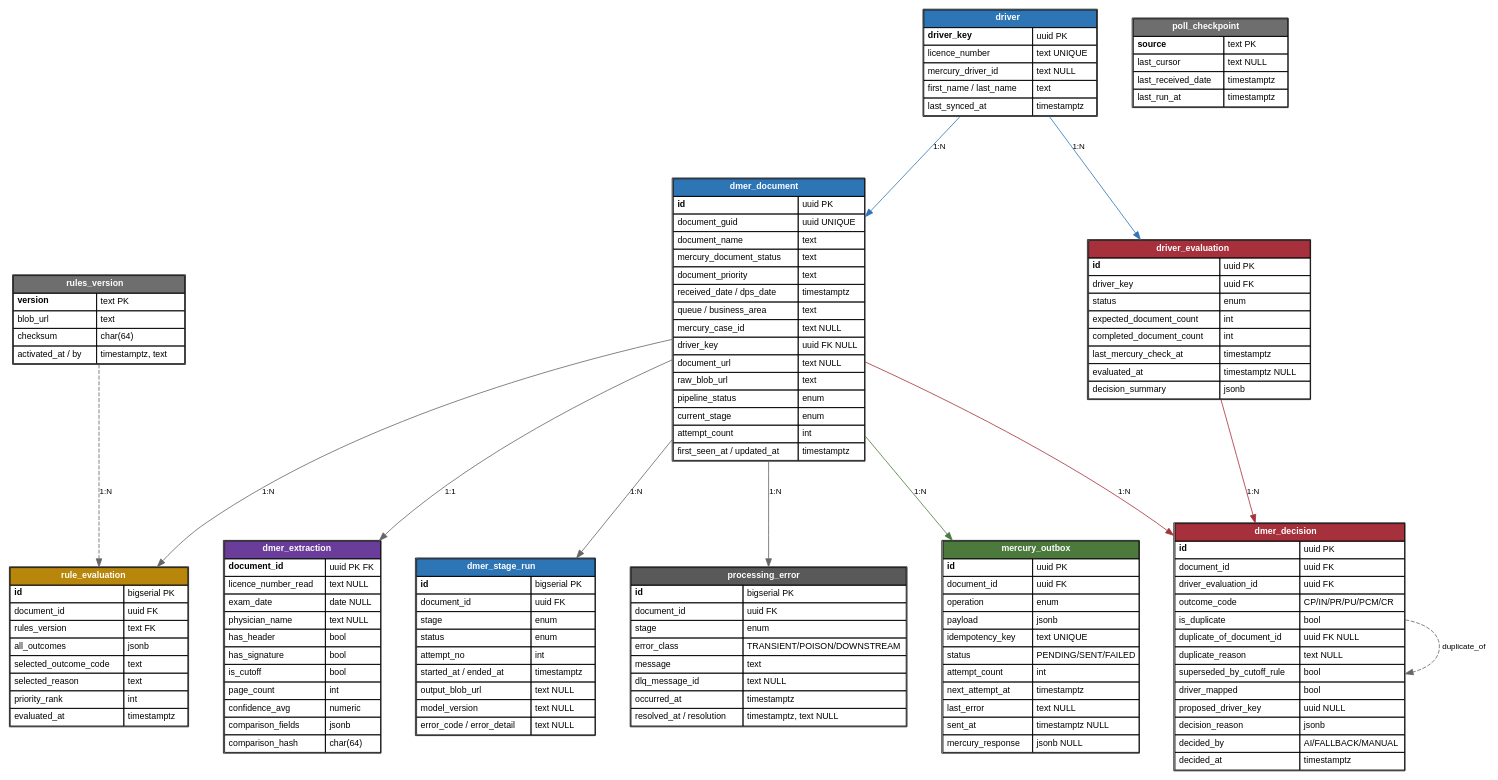
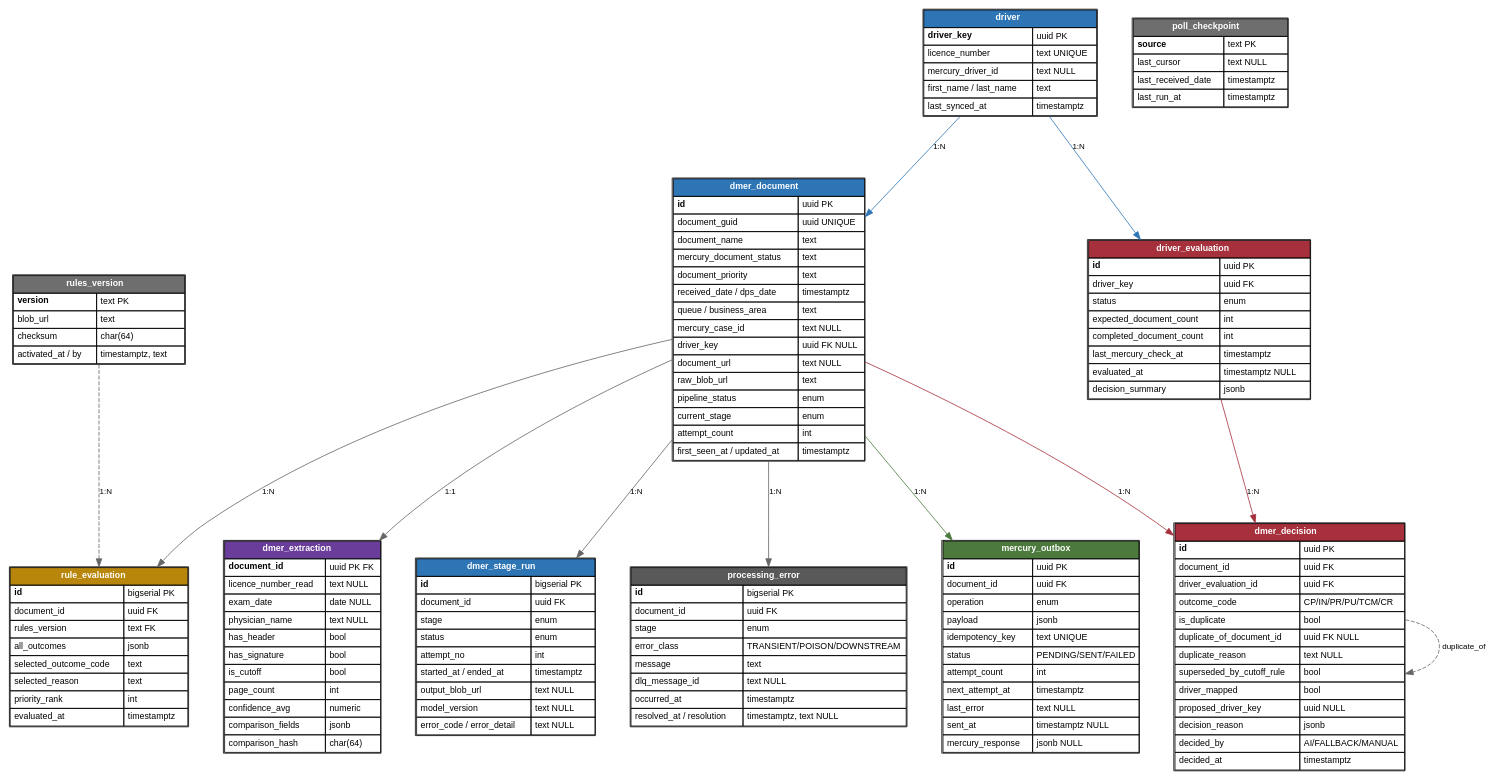
Before and after one commit to bcgov/rsbc-ai-dmer-automation: the diagram in docs/architecture/Figure2_Database_ERD.dot, drawn with Graphviz. The commit also changed 43 other files, not shown here.

```diff
--- a/docs/architecture/Figure2_Database_ERD.dot
+++ b/docs/architecture/Figure2_Database_ERD.dot
@@ -1,195 +1,195 @@
 // Figure2_Database_ERD.dot
 //
 // Source for Figure2_Database_ERD.png. Render with:
 //   dot -Tpng -Gdpi=150 Figure2_Database_ERD.dot -o Figure2_Database_ERD.png
 //
 // Kept as a real source file (the original PNG had none) so this diagram
 // can be regenerated instead of hand-edited as an image every time the
 // schema changes. Matches docs/development/data-model.md and
 // database/migrations/V0001__create_dmer_pipeline_schema.sql exactly --
 // update data-model.md first, then this file, never the reverse.
 
 digraph erd {
   rankdir="TB";
   graph [fontname="Helvetica", nodesep=0.6, ranksep=0.9, bgcolor="white"];
   node [fontname="Helvetica", fontsize=11, shape=plain];
   edge [fontname="Helvetica", fontsize=10];
 
   driver [label=<
     <TABLE BORDER="1" CELLBORDER="1" CELLSPACING="0" CELLPADDING="4">
       <TR><TD BGCOLOR="#2E75B6" COLSPAN="2"><FONT COLOR="white"><B>driver</B></FONT></TD></TR>
       <TR><TD ALIGN="LEFT"><B>driver_key</B></TD><TD ALIGN="LEFT">uuid PK</TD></TR>
       <TR><TD ALIGN="LEFT">licence_number</TD><TD ALIGN="LEFT">text UNIQUE</TD></TR>
       <TR><TD ALIGN="LEFT">mercury_driver_id</TD><TD ALIGN="LEFT">text NULL</TD></TR>
       <TR><TD ALIGN="LEFT">first_name / last_name</TD><TD ALIGN="LEFT">text</TD></TR>
       <TR><TD ALIGN="LEFT">last_synced_at</TD><TD ALIGN="LEFT">timestamptz</TD></TR>
     </TABLE>
   >];
 
   dmer_document [label=<
     <TABLE BORDER="1" CELLBORDER="1" CELLSPACING="0" CELLPADDING="4">
       <TR><TD BGCOLOR="#2E75B6" COLSPAN="2"><FONT COLOR="white"><B>dmer_document</B></FONT></TD></TR>
       <TR><TD ALIGN="LEFT"><B>id</B></TD><TD ALIGN="LEFT">uuid PK</TD></TR>
       <TR><TD ALIGN="LEFT">document_guid</TD><TD ALIGN="LEFT">uuid UNIQUE</TD></TR>
       <TR><TD ALIGN="LEFT">document_name</TD><TD ALIGN="LEFT">text</TD></TR>
       <TR><TD ALIGN="LEFT">mercury_document_status</TD><TD ALIGN="LEFT">text</TD></TR>
       <TR><TD ALIGN="LEFT">document_priority</TD><TD ALIGN="LEFT">text</TD></TR>
       <TR><TD ALIGN="LEFT">received_date / dps_date</TD><TD ALIGN="LEFT">timestamptz</TD></TR>
       <TR><TD ALIGN="LEFT">queue / business_area</TD><TD ALIGN="LEFT">text</TD></TR>
       <TR><TD ALIGN="LEFT">mercury_case_id</TD><TD ALIGN="LEFT">text NULL</TD></TR>
       <TR><TD ALIGN="LEFT">driver_key</TD><TD ALIGN="LEFT">uuid FK NULL</TD></TR>
       <TR><TD ALIGN="LEFT">document_url</TD><TD ALIGN="LEFT">text NULL</TD></TR>
       <TR><TD ALIGN="LEFT">raw_blob_url</TD><TD ALIGN="LEFT">text</TD></TR>
       <TR><TD ALIGN="LEFT">pipeline_status</TD><TD ALIGN="LEFT">enum</TD></TR>
       <TR><TD ALIGN="LEFT">current_stage</TD><TD ALIGN="LEFT">enum</TD></TR>
       <TR><TD ALIGN="LEFT">attempt_count</TD><TD ALIGN="LEFT">int</TD></TR>
       <TR><TD ALIGN="LEFT">first_seen_at / updated_at</TD><TD ALIGN="LEFT">timestamptz</TD></TR>
     </TABLE>
   >];
 
   driver_evaluation [label=<
     <TABLE BORDER="1" CELLBORDER="1" CELLSPACING="0" CELLPADDING="4">
       <TR><TD BGCOLOR="#A6303C" COLSPAN="2"><FONT COLOR="white"><B>driver_evaluation</B></FONT></TD></TR>
       <TR><TD ALIGN="LEFT"><B>id</B></TD><TD ALIGN="LEFT">uuid PK</TD></TR>
       <TR><TD ALIGN="LEFT">driver_key</TD><TD ALIGN="LEFT">uuid FK</TD></TR>
       <TR><TD ALIGN="LEFT">status</TD><TD ALIGN="LEFT">enum</TD></TR>
       <TR><TD ALIGN="LEFT">expected_document_count</TD><TD ALIGN="LEFT">int</TD></TR>
       <TR><TD ALIGN="LEFT">completed_document_count</TD><TD ALIGN="LEFT">int</TD></TR>
       <TR><TD ALIGN="LEFT">last_mercury_check_at</TD><TD ALIGN="LEFT">timestamptz</TD></TR>
       <TR><TD ALIGN="LEFT">evaluated_at</TD><TD ALIGN="LEFT">timestamptz NULL</TD></TR>
       <TR><TD ALIGN="LEFT">decision_summary</TD><TD ALIGN="LEFT">jsonb</TD></TR>
     </TABLE>
   >];
 
   dmer_extraction [label=<
     <TABLE BORDER="1" CELLBORDER="1" CELLSPACING="0" CELLPADDING="4">
       <TR><TD BGCOLOR="#6A3D9A" COLSPAN="2"><FONT COLOR="white"><B>dmer_extraction</B></FONT></TD></TR>
       <TR><TD ALIGN="LEFT"><B>document_id</B></TD><TD ALIGN="LEFT">uuid PK FK</TD></TR>
       <TR><TD ALIGN="LEFT">licence_number_read</TD><TD ALIGN="LEFT">text NULL</TD></TR>
       <TR><TD ALIGN="LEFT">exam_date</TD><TD ALIGN="LEFT">date NULL</TD></TR>
       <TR><TD ALIGN="LEFT">physician_name</TD><TD ALIGN="LEFT">text NULL</TD></TR>
       <TR><TD ALIGN="LEFT">has_header</TD><TD ALIGN="LEFT">bool</TD></TR>
       <TR><TD ALIGN="LEFT">has_signature</TD><TD ALIGN="LEFT">bool</TD></TR>
       <TR><TD ALIGN="LEFT">is_cutoff</TD><TD ALIGN="LEFT">bool</TD></TR>
       <TR><TD ALIGN="LEFT">page_count</TD><TD ALIGN="LEFT">int</TD></TR>
       <TR><TD ALIGN="LEFT">confidence_avg</TD><TD ALIGN="LEFT">numeric</TD></TR>
       <TR><TD ALIGN="LEFT">comparison_fields</TD><TD ALIGN="LEFT">jsonb</TD></TR>
       <TR><TD ALIGN="LEFT">comparison_hash</TD><TD ALIGN="LEFT">char(64)</TD></TR>
     </TABLE>
   >];
 
   dmer_stage_run [label=<
     <TABLE BORDER="1" CELLBORDER="1" CELLSPACING="0" CELLPADDING="4">
       <TR><TD BGCOLOR="#2E75B6" COLSPAN="2"><FONT COLOR="white"><B>dmer_stage_run</B></FONT></TD></TR>
       <TR><TD ALIGN="LEFT"><B>id</B></TD><TD ALIGN="LEFT">bigserial PK</TD></TR>
       <TR><TD ALIGN="LEFT">document_id</TD><TD ALIGN="LEFT">uuid FK</TD></TR>
       <TR><TD ALIGN="LEFT">stage</TD><TD ALIGN="LEFT">enum</TD></TR>
       <TR><TD ALIGN="LEFT">status</TD><TD ALIGN="LEFT">enum</TD></TR>
       <TR><TD ALIGN="LEFT">attempt_no</TD><TD ALIGN="LEFT">int</TD></TR>
       <TR><TD ALIGN="LEFT">started_at / ended_at</TD><TD ALIGN="LEFT">timestamptz</TD></TR>
       <TR><TD ALIGN="LEFT">output_blob_url</TD><TD ALIGN="LEFT">text NULL</TD></TR>
       <TR><TD ALIGN="LEFT">model_version</TD><TD ALIGN="LEFT">text NULL</TD></TR>
       <TR><TD ALIGN="LEFT">error_code / error_detail</TD><TD ALIGN="LEFT">text NULL</TD></TR>
     </TABLE>
   >];
 
   processing_error [label=<
     <TABLE BORDER="1" CELLBORDER="1" CELLSPACING="0" CELLPADDING="4">
       <TR><TD BGCOLOR="#595959" COLSPAN="2"><FONT COLOR="white"><B>processing_error</B></FONT></TD></TR>
       <TR><TD ALIGN="LEFT"><B>id</B></TD><TD ALIGN="LEFT">bigserial PK</TD></TR>
       <TR><TD ALIGN="LEFT">document_id</TD><TD ALIGN="LEFT">uuid FK</TD></TR>
       <TR><TD ALIGN="LEFT">stage</TD><TD ALIGN="LEFT">enum</TD></TR>
       <TR><TD ALIGN="LEFT">error_class</TD><TD ALIGN="LEFT">TRANSIENT/POISON/DOWNSTREAM</TD></TR>
       <TR><TD ALIGN="LEFT">message</TD><TD ALIGN="LEFT">text</TD></TR>
       <TR><TD ALIGN="LEFT">dlq_message_id</TD><TD ALIGN="LEFT">text NULL</TD></TR>
       <TR><TD ALIGN="LEFT">occurred_at</TD><TD ALIGN="LEFT">timestamptz</TD></TR>
       <TR><TD ALIGN="LEFT">resolved_at / resolution</TD><TD ALIGN="LEFT">timestamptz, text NULL</TD></TR>
     </TABLE>
   >];
 
   mercury_outbox [label=<
     <TABLE BORDER="1" CELLBORDER="1" CELLSPACING="0" CELLPADDING="4">
       <TR><TD BGCOLOR="#4C7A3D" COLSPAN="2"><FONT COLOR="white"><B>mercury_outbox</B></FONT></TD></TR>
       <TR><TD ALIGN="LEFT"><B>id</B></TD><TD ALIGN="LEFT">uuid PK</TD></TR>
       <TR><TD ALIGN="LEFT">document_id</TD><TD ALIGN="LEFT">uuid FK</TD></TR>
       <TR><TD ALIGN="LEFT">operation</TD><TD ALIGN="LEFT">enum</TD></TR>
       <TR><TD ALIGN="LEFT">payload</TD><TD ALIGN="LEFT">jsonb</TD></TR>
       <TR><TD ALIGN="LEFT">idempotency_key</TD><TD ALIGN="LEFT">text UNIQUE</TD></TR>
       <TR><TD ALIGN="LEFT">status</TD><TD ALIGN="LEFT">PENDING/SENT/FAILED</TD></TR>
       <TR><TD ALIGN="LEFT">attempt_count</TD><TD ALIGN="LEFT">int</TD></TR>
       <TR><TD ALIGN="LEFT">next_attempt_at</TD><TD ALIGN="LEFT">timestamptz</TD></TR>
       <TR><TD ALIGN="LEFT">last_error</TD><TD ALIGN="LEFT">text NULL</TD></TR>
       <TR><TD ALIGN="LEFT">sent_at</TD><TD ALIGN="LEFT">timestamptz NULL</TD></TR>
       <TR><TD ALIGN="LEFT">mercury_response</TD><TD ALIGN="LEFT">jsonb NULL</TD></TR>
     </TABLE>
   >];
 
   rules_version [label=<
     <TABLE BORDER="1" CELLBORDER="1" CELLSPACING="0" CELLPADDING="4">
       <TR><TD BGCOLOR="#6E6E6E" COLSPAN="2"><FONT COLOR="white"><B>rules_version</B></FONT></TD></TR>
       <TR><TD ALIGN="LEFT"><B>version</B></TD><TD ALIGN="LEFT">text PK</TD></TR>
       <TR><TD ALIGN="LEFT">blob_url</TD><TD ALIGN="LEFT">text</TD></TR>
       <TR><TD ALIGN="LEFT">checksum</TD><TD ALIGN="LEFT">char(64)</TD></TR>
       <TR><TD ALIGN="LEFT">activated_at / by</TD><TD ALIGN="LEFT">timestamptz, text</TD></TR>
     </TABLE>
   >];
 
   rule_evaluation [label=<
     <TABLE BORDER="1" CELLBORDER="1" CELLSPACING="0" CELLPADDING="4">
       <TR><TD BGCOLOR="#B8860B" COLSPAN="2"><FONT COLOR="white"><B>rule_evaluation</B></FONT></TD></TR>
       <TR><TD ALIGN="LEFT"><B>id</B></TD><TD ALIGN="LEFT">bigserial PK</TD></TR>
       <TR><TD ALIGN="LEFT">document_id</TD><TD ALIGN="LEFT">uuid FK</TD></TR>
       <TR><TD ALIGN="LEFT">rules_version</TD><TD ALIGN="LEFT">text FK</TD></TR>
       <TR><TD ALIGN="LEFT">all_outcomes</TD><TD ALIGN="LEFT">jsonb</TD></TR>
       <TR><TD ALIGN="LEFT">selected_outcome_code</TD><TD ALIGN="LEFT">text</TD></TR>
       <TR><TD ALIGN="LEFT">selected_reason</TD><TD ALIGN="LEFT">text</TD></TR>
       <TR><TD ALIGN="LEFT">priority_rank</TD><TD ALIGN="LEFT">int</TD></TR>
       <TR><TD ALIGN="LEFT">evaluated_at</TD><TD ALIGN="LEFT">timestamptz</TD></TR>
     </TABLE>
   >];
 
   dmer_decision [label=<
     <TABLE BORDER="1" CELLBORDER="1" CELLSPACING="0" CELLPADDING="4">
       <TR><TD BGCOLOR="#A6303C" COLSPAN="2"><FONT COLOR="white"><B>dmer_decision</B></FONT></TD></TR>
       <TR><TD ALIGN="LEFT"><B>id</B></TD><TD ALIGN="LEFT">uuid PK</TD></TR>
       <TR><TD ALIGN="LEFT">document_id</TD><TD ALIGN="LEFT">uuid FK</TD></TR>
       <TR><TD ALIGN="LEFT">driver_evaluation_id</TD><TD ALIGN="LEFT">uuid FK</TD></TR>
-      <TR><TD ALIGN="LEFT">outcome_code</TD><TD ALIGN="LEFT">CP/IN/PR/PU/PCM/CR</TD></TR>
+      <TR><TD ALIGN="LEFT">outcome_code</TD><TD ALIGN="LEFT">CP/IN/PR/PU/TCM/CR</TD></TR>
       <TR><TD ALIGN="LEFT">is_duplicate</TD><TD ALIGN="LEFT">bool</TD></TR>
       <TR><TD ALIGN="LEFT">duplicate_of_document_id</TD><TD ALIGN="LEFT">uuid FK NULL</TD></TR>
       <TR><TD ALIGN="LEFT">duplicate_reason</TD><TD ALIGN="LEFT">text NULL</TD></TR>
       <TR><TD ALIGN="LEFT">superseded_by_cutoff_rule</TD><TD ALIGN="LEFT">bool</TD></TR>
       <TR><TD ALIGN="LEFT">driver_mapped</TD><TD ALIGN="LEFT">bool</TD></TR>
       <TR><TD ALIGN="LEFT">proposed_driver_key</TD><TD ALIGN="LEFT">uuid NULL</TD></TR>
       <TR><TD ALIGN="LEFT">decision_reason</TD><TD ALIGN="LEFT">jsonb</TD></TR>
       <TR><TD ALIGN="LEFT">decided_by</TD><TD ALIGN="LEFT">AI/FALLBACK/MANUAL</TD></TR>
       <TR><TD ALIGN="LEFT">decided_at</TD><TD ALIGN="LEFT">timestamptz</TD></TR>
     </TABLE>
   >];
 
   poll_checkpoint [label=<
     <TABLE BORDER="1" CELLBORDER="1" CELLSPACING="0" CELLPADDING="4">
       <TR><TD BGCOLOR="#6E6E6E" COLSPAN="2"><FONT COLOR="white"><B>poll_checkpoint</B></FONT></TD></TR>
       <TR><TD ALIGN="LEFT"><B>source</B></TD><TD ALIGN="LEFT">text PK</TD></TR>
       <TR><TD ALIGN="LEFT">last_cursor</TD><TD ALIGN="LEFT">text NULL</TD></TR>
       <TR><TD ALIGN="LEFT">last_received_date</TD><TD ALIGN="LEFT">timestamptz</TD></TR>
       <TR><TD ALIGN="LEFT">last_run_at</TD><TD ALIGN="LEFT">timestamptz</TD></TR>
     </TABLE>
   >];
 
   // Edges -- colored to echo the original figure's convention (driver's
   // own relationships in driver's blue; the decision path in
   // dmer_decision's red; the outbox/delivery path in mercury_outbox's
   // green; everything else plain gray).
   driver -> dmer_document [label="1:N", color="#2E75B6"];
   driver -> driver_evaluation [label="1:N", color="#2E75B6"];
   dmer_document -> dmer_stage_run [label="1:N", color="gray40"];
   dmer_document -> dmer_extraction [label="1:1", color="gray40"];
   dmer_document -> rule_evaluation [label="1:N", color="gray40"];
   dmer_document -> processing_error [label="1:N", color="gray40"];
   dmer_document -> mercury_outbox [label="1:N", color="#4C7A3D"];
   dmer_document -> dmer_decision [label="1:N", color="#A6303C"];
   driver_evaluation -> dmer_decision [label="1:N", color="#A6303C"];
   rules_version -> rule_evaluation [label="1:N", style=dashed, color="gray40"];
   dmer_decision -> dmer_decision [label="duplicate_of", style=dashed, color="gray40"];
 }
```
